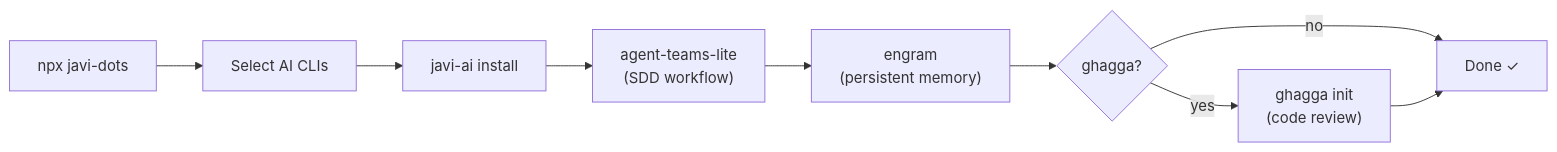
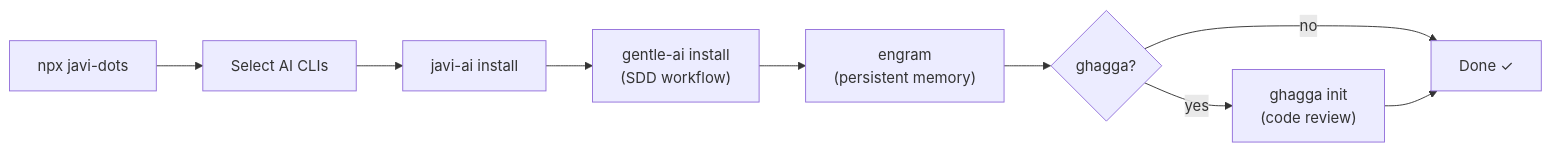
The diagram in README.md (JNZader/javi-dots), drawn with Mermaid before and after one commit. The commit also changed other lines of this file and 15 other files, not shown here.

Commit message:
feat(orchestrator): migrate setup flow from ATL to gentle-ai

````diff
--- a/README.md
+++ b/README.md
@@ -22,11 +22,11 @@
 ```mermaid
 flowchart LR
     A["npx javi-dots"] --> B["Select AI CLIs"]
     B --> C["javi-ai install"]
-    C --> D["agent-teams-lite<br/>(SDD workflow)"]
+    C --> D["gentle-ai install<br/>(SDD workflow)"]
     D --> E["engram<br/>(persistent memory)"]
     E --> F{"ghagga?"}
     F -- yes --> G["ghagga init<br/>(code review)"]
     F -- no --> H["Done ✓"]
     G --> H
 ```
````
